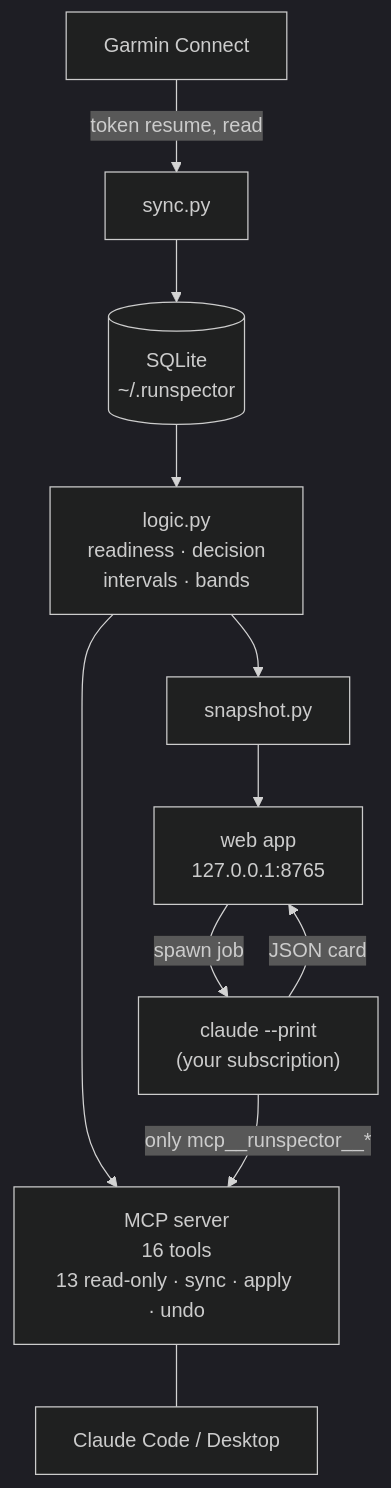
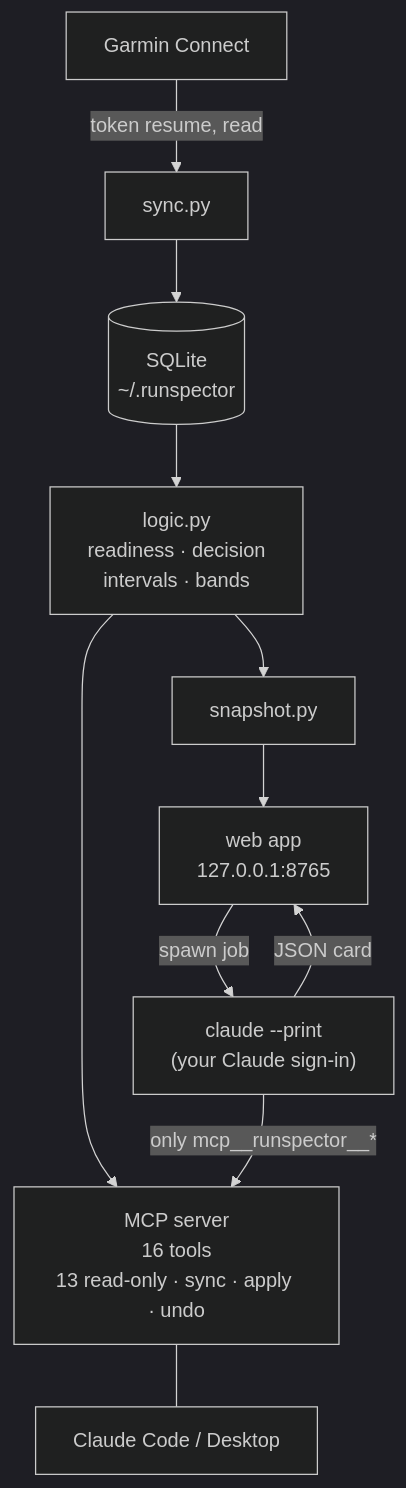
Before and after one commit to edxleon/runcoach-ai: the diagram in README.md, drawn with Mermaid (dark theme). The commit also changed other lines of this file and 9 other files, not shown here.

````diff
--- a/README.md
+++ b/README.md
@@ -152,13 +153,13 @@
 ```mermaid
 flowchart TD
     G[Garmin Connect] -- "token resume, read" --> S[sync.py]
     S --> DB[(SQLite<br/>~/.runspector)]
     DB --> L[logic.py<br/>readiness · decision<br/>intervals · bands]
     L --> SNAP[snapshot.py]
     SNAP --> WEB[web app<br/>127.0.0.1:8765]
     L --> MCP[MCP server<br/>16 tools<br/>13 read-only · sync · apply · undo]
-    WEB -- "spawn job" --> A["claude --print<br/>(your subscription)"]
+    WEB -- "spawn job" --> A["claude --print<br/>(your Claude sign-in)"]
     A -- "only mcp__runspector__*" --> MCP
     A -- "JSON card" --> WEB
     MCP --- CC[Claude Code / Desktop]
 ```
````
